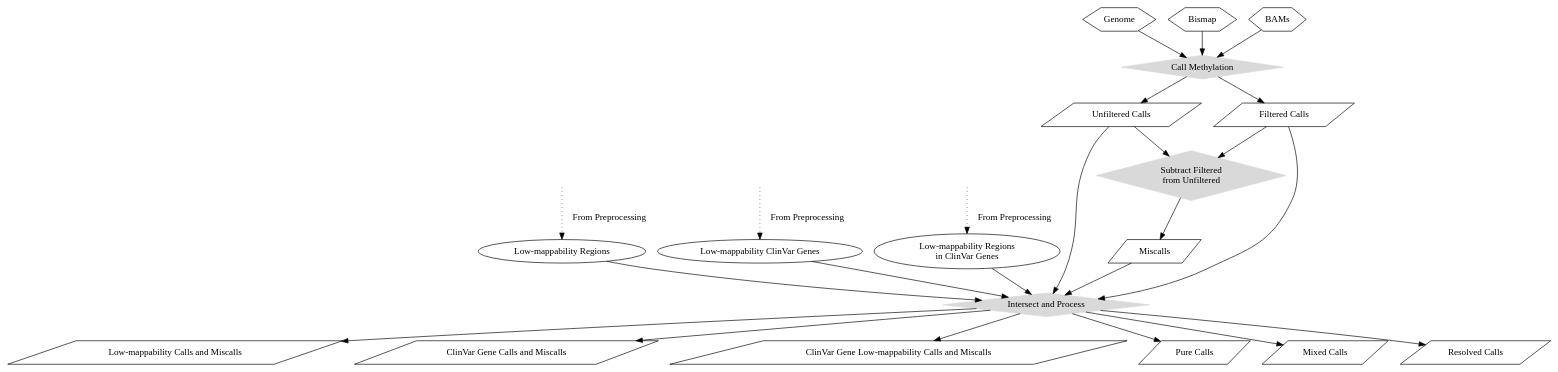
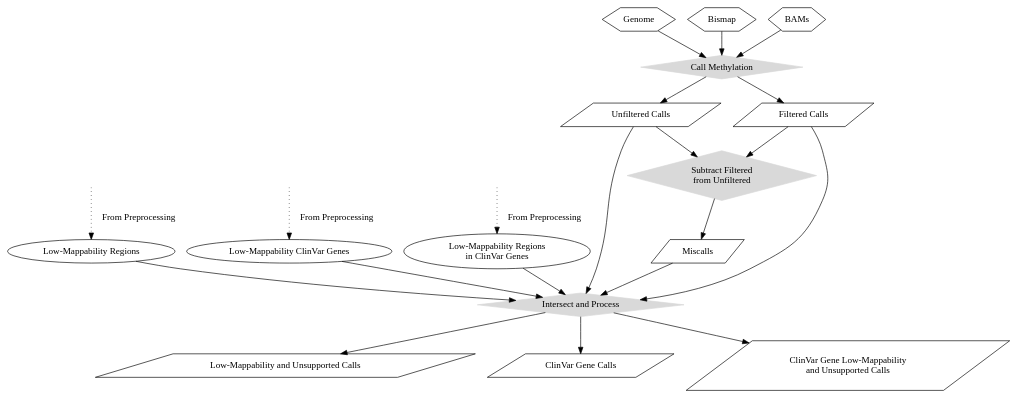
Before and after one commit to nebiolabs/low_bismap_methyl_calls: the diagram in procfig_2.dot, drawn with Graphviz. The commit also changed 8 other files, not shown here.

```diff
--- a/procfig_2.dot
+++ b/procfig_2.dot
@@ -1,77 +1,67 @@
 digraph workflow {
 
 	"PREPROC_1" [style=invis];
 
 	"PREPROC_2" [style=invis];
 
 	"PREPROC_3" [style=invis];
 
-	"PREPROC_1" -> "Low-mappability Regions" [label="From Preprocessing", style=dotted];
+	"PREPROC_1" -> "Low-Mappability Regions" [label="From Preprocessing", style=dotted];
 
-	"PREPROC_2" -> "Low-mappability ClinVar Genes" [label="From Preprocessing", style=dotted];
+	"PREPROC_2" -> "Low-Mappability ClinVar Genes" [label="From Preprocessing", style=dotted];
 
-	"PREPROC_3" -> "Low-mappability Regions \nin ClinVar Genes" [label="From Preprocessing", style=dotted];
+	"PREPROC_3" -> "Low-Mappability Regions \nin ClinVar Genes" [label="From Preprocessing", style=dotted];
 
 	"Genome" [shape=hexagon];
 
 	"Bismap" [shape=hexagon];
 
 	"BAMs" [shape=hexagon];
 
 	"Intersect_1" [shape=diamond, color=gray85, style=filled, label="Call Methylation"];
 
 	"Genome" -> "Intersect_1";
 
 	"BAMs" -> "Intersect_1";
 
 	"Bismap" -> "Intersect_1";
 
 	"Intersect_1" -> "Unfiltered Calls";
 	"Unfiltered Calls" [shape=parallelogram];
 
 	"Intersect_1" -> "Filtered Calls";
 	"Filtered Calls" [shape=parallelogram];
 
 	"Intersect_2" [shape=diamond, color=gray85, style=filled, label="Subtract Filtered \nfrom Unfiltered"];
 
 	"Unfiltered Calls" -> "Intersect_2";
 
 	"Filtered Calls" -> "Intersect_2";
 
 	"Intersect_2" -> "Miscalls";
 	"Miscalls" [shape=parallelogram];
 
 	"Intersect_3" [shape=diamond, color=gray85, style=filled, label="Intersect and Process"];
 
 	"Unfiltered Calls" -> "Intersect_3";
 
 	"Filtered Calls" -> "Intersect_3";
 
 	"Miscalls" -> "Intersect_3";
 
-	"Low-mappability Regions" -> "Intersect_3";
+	"Low-Mappability Regions" -> "Intersect_3";
 
-	"Low-mappability ClinVar Genes" -> "Intersect_3";
+	"Low-Mappability ClinVar Genes" -> "Intersect_3";
 
-	"Low-mappability Regions \nin ClinVar Genes" -> "Intersect_3";
+	"Low-Mappability Regions \nin ClinVar Genes" -> "Intersect_3";
 
-	"Intersect_3" -> "Low-mappability Calls and Miscalls";
-	"Low-mappability Calls and Miscalls" [shape=parallelogram];
+	"Low-Mappability and Unsupported Calls" [shape=parallelogram];
+	"Intersect_3" -> "Low-Mappability and Unsupported Calls";
 
-	"Intersect_3" -> "ClinVar Gene Calls and Miscalls";
-	"ClinVar Gene Calls and Miscalls" [shape=parallelogram];
+	"Intersect_3" -> "ClinVar Gene Calls";
+	"ClinVar Gene Calls" [shape=parallelogram];
 
-	"Intersect_3" -> "ClinVar Gene Low-mappability Calls and Miscalls";
-	"ClinVar Gene Low-mappability Calls and Miscalls" [shape=parallelogram];
-
-	"Intersect_3" -> "Pure Calls";
-	"Pure Calls" [shape=parallelogram];
-
-	"Intersect_3" -> "Mixed Calls";
-	"Mixed Calls" [shape=parallelogram];
-
-	"Intersect_3" -> "Resolved Calls";
-	"Resolved Calls" [shape=parallelogram];
-
+	"ClinVar Gene Low-Mappability \nand Unsupported Calls" [shape=parallelogram];
+	"Intersect_3" -> "ClinVar Gene Low-Mappability \nand Unsupported Calls";
 	
  }
```
